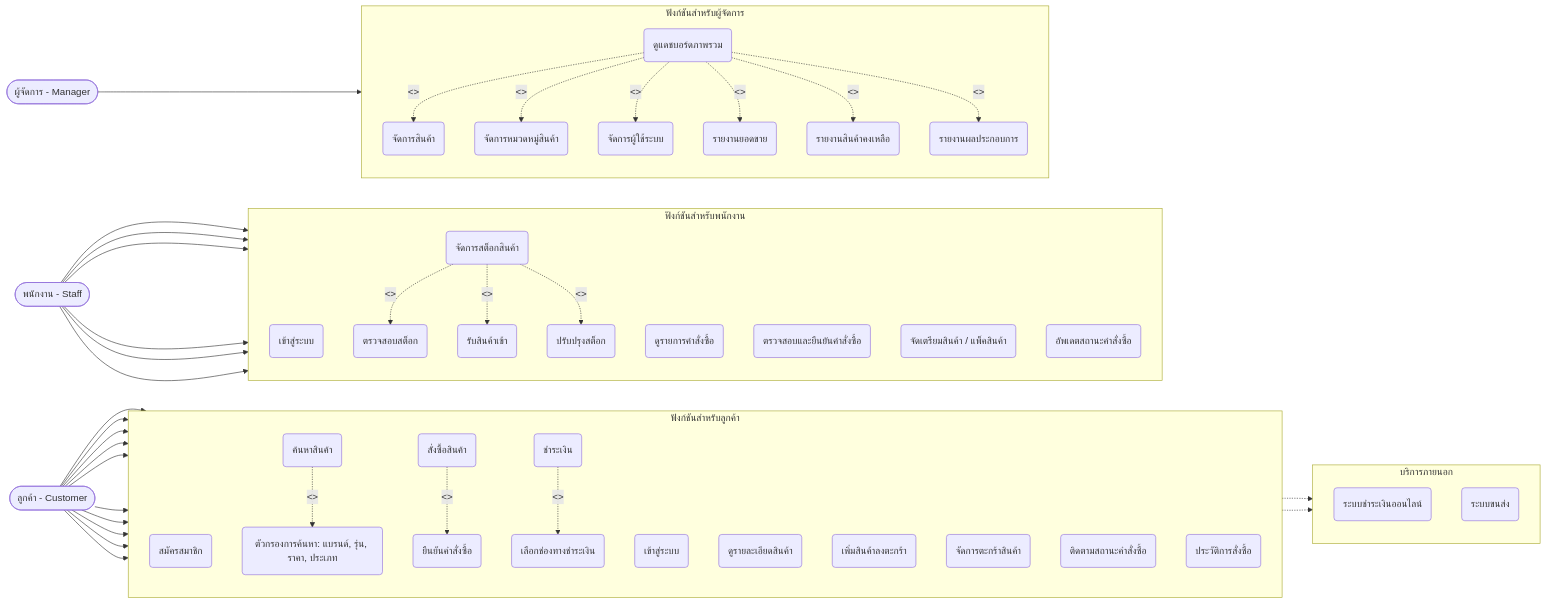
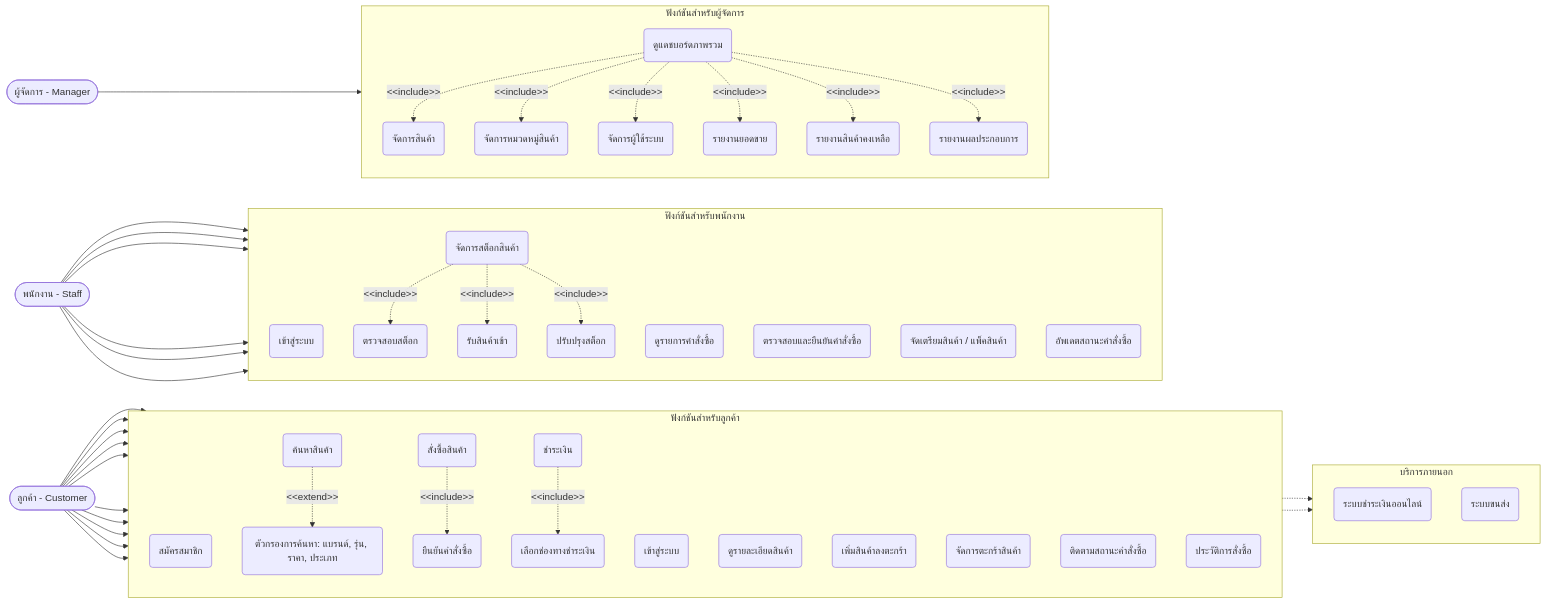
Before and after one commit to KumPong/petshop: the first of 6 diagrams in README.md, drawn with Mermaid.

Commit message:
Fix Readme.md 6

````diff
--- a/README.md
+++ b/README.md
@@ -119,82 +119,82 @@
 ```mermaid
 flowchart LR
     %% Actors
     Customer([ลูกค้า - Customer])
     Staff([พนักงาน - Staff])
     Manager([ผู้จัดการ - Manager])
 
     %% Customer Subgraph
     subgraph Customer_Functions [ฟังก์ชันสำหรับลูกค้า]
         direction TB
         C1(สมัครสมาชิก)
         C2(เข้าสู่ระบบ)
         C3(ค้นหาสินค้า)
         C4(ดูรายละเอียดสินค้า)
         C5(เพิ่มสินค้าลงตะกร้า)
         C6(จัดการตะกร้าสินค้า)
         C7(สั่งซื้อสินค้า)
         C8(ชำระเงิน)
         C9(ติดตามสถานะคำสั่งซื้อ)
         C10(ประวัติการสั่งซื้อ)
         
         C_Ext1(ตัวกรองการค้นหา: แบรนด์, รุ่น, ราคา, ประเภท)
         C_Ext2(ยืนยันคำสั่งซื้อ)
         C_Ext3(เลือกช่องทางชำระเงิน)
         
-        C3 -.->|"<<extend>>"| C_Ext1
-        C7 -.->|"<<include>>"| C_Ext2
-        C8 -.->|"<<include>>"| C_Ext3
+        C3 -.->|"&lt;&lt;extend&gt;&gt;"| C_Ext1
+        C7 -.->|"&lt;&lt;include&gt;&gt;"| C_Ext2
+        C8 -.->|"&lt;&lt;include&gt;&gt;"| C_Ext3
     end
 
     %% External Services
     subgraph External_Services [บริการภายนอก]
         direction TB
         E1(ระบบชำระเงินออนไลน์)
         E2(ระบบขนส่ง)
     end
     C8 -.-> E1
     C9 -.-> E2
 
     %% Staff Subgraph
     subgraph Staff_Functions [ฟังก์ชันสำหรับพนักงาน]
         direction TB
         S1(เข้าสู่ระบบ)
         S2(ดูรายการคำสั่งซื้อ)
         S3(ตรวจสอบและยืนยันคำสั่งซื้อ)
         S4(จัดเตรียมสินค้า / แพ็คสินค้า)
         S5(อัพเดตสถานะคำสั่งซื้อ)
         S6(จัดการสต็อกสินค้า)
         
         S_Ext1(ตรวจสอบสต็อก)
         S_Ext2(รับสินค้าเข้า)
         S_Ext3(ปรับปรุงสต็อก)
         
-        S6 -.->|"<<include>>"| S_Ext1
-        S6 -.->|"<<include>>"| S_Ext2
-        S6 -.->|"<<include>>"| S_Ext3
+        S6 -.->|"&lt;&lt;include&gt;&gt;"| S_Ext1
+        S6 -.->|"&lt;&lt;include&gt;&gt;"| S_Ext2
+        S6 -.->|"&lt;&lt;include&gt;&gt;"| S_Ext3
     end
 
     %% Manager Subgraph
     subgraph Manager_Functions [ฟังก์ชันสำหรับผู้จัดการ]
         direction TB
         M1(ดูแดชบอร์ดภาพรวม)
         M2(จัดการสินค้า)
         M3(จัดการหมวดหมู่สินค้า)
         M4(จัดการผู้ใช้ระบบ)
         M5(รายงานยอดขาย)
         M6(รายงานสินค้าคงเหลือ)
         M7(รายงานผลประกอบการ)
         
-        M1 -.->|"<<include>>"| M2
-        M1 -.->|"<<include>>"| M3
-        M1 -.->|"<<include>>"| M4
-        M1 -.->|"<<include>>"| M5
-        M1 -.->|"<<include>>"| M6
-        M1 -.->|"<<include>>"| M7
+        M1 -.->|"&lt;&lt;include&gt;&gt;"| M2
+        M1 -.->|"&lt;&lt;include&gt;&gt;"| M3
+        M1 -.->|"&lt;&lt;include&gt;&gt;"| M4
+        M1 -.->|"&lt;&lt;include&gt;&gt;"| M5
+        M1 -.->|"&lt;&lt;include&gt;&gt;"| M6
+        M1 -.->|"&lt;&lt;include&gt;&gt;"| M7
     end
 
     %% Actor Connections
     Customer --> C1 & C2 & C3 & C4 & C5 & C6 & C7 & C8 & C9 & C10
     Staff --> S1 & S2 & S3 & S4 & S5 & S6
     Manager --> M1
 ```
````
